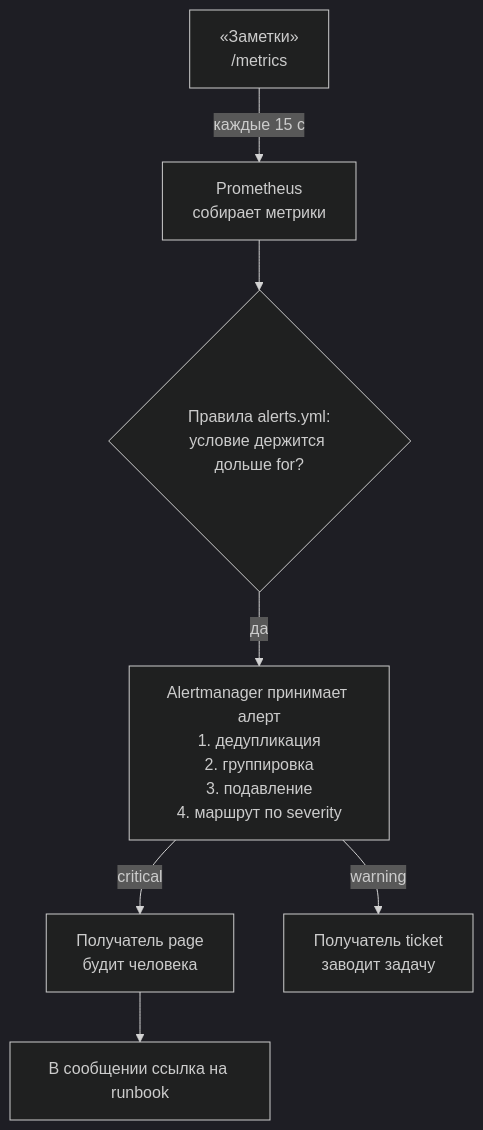
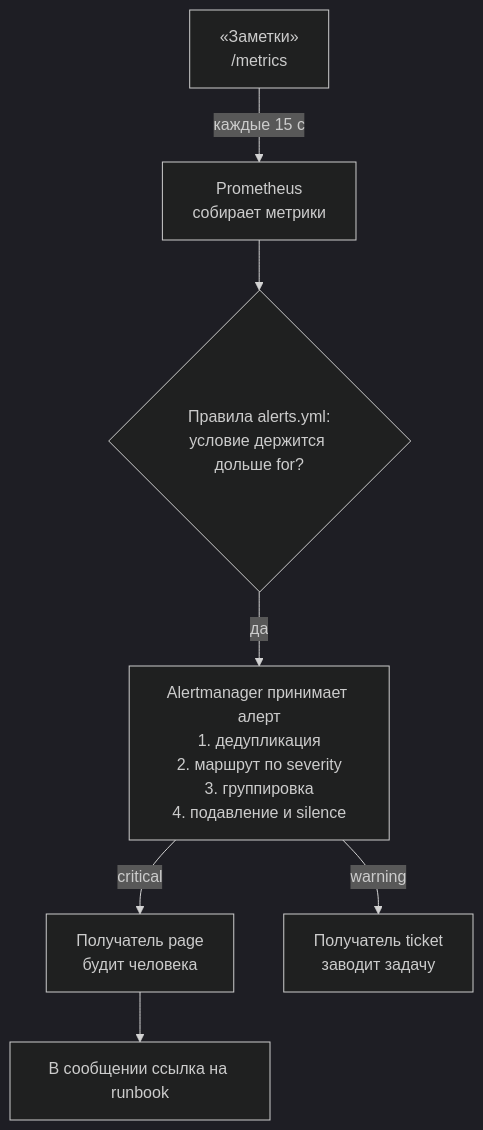
One commit to distinguished-sre/learning changed the first of 4 diagrams in devops/08-observability/05-alertmanager.md. Above: the diagram before and after it, drawn with Mermaid (dark theme). The commit also changed other lines of this file and 462 other files, not shown here.

````diff
--- a/devops/08-observability/05-alertmanager.md
+++ b/devops/08-observability/05-alertmanager.md
@@ -50,9 +50,9 @@
 ```mermaid
 flowchart TD
     APP["«Заметки»<br>/metrics"] -->|"каждые 15 с"| PR["Prometheus<br>собирает метрики"]
     PR --> RU{"Правила alerts.yml:<br>условие держится дольше for?"}
-    RU -->|да| AM["Alertmanager принимает алерт<br>1. дедупликация<br>2. группировка<br>3. подавление<br>4. маршрут по severity"]
+    RU -->|да| AM["Alertmanager принимает алерт<br>1. дедупликация<br>2. маршрут по severity<br>3. группировка<br>4. подавление и silence"]
     AM -->|critical| PG["Получатель page<br>будит человека"]
     AM -->|warning| TK["Получатель ticket<br>заводит задачу"]
     PG --> RB["В сообщении ссылка на runbook"]
 ```
````
